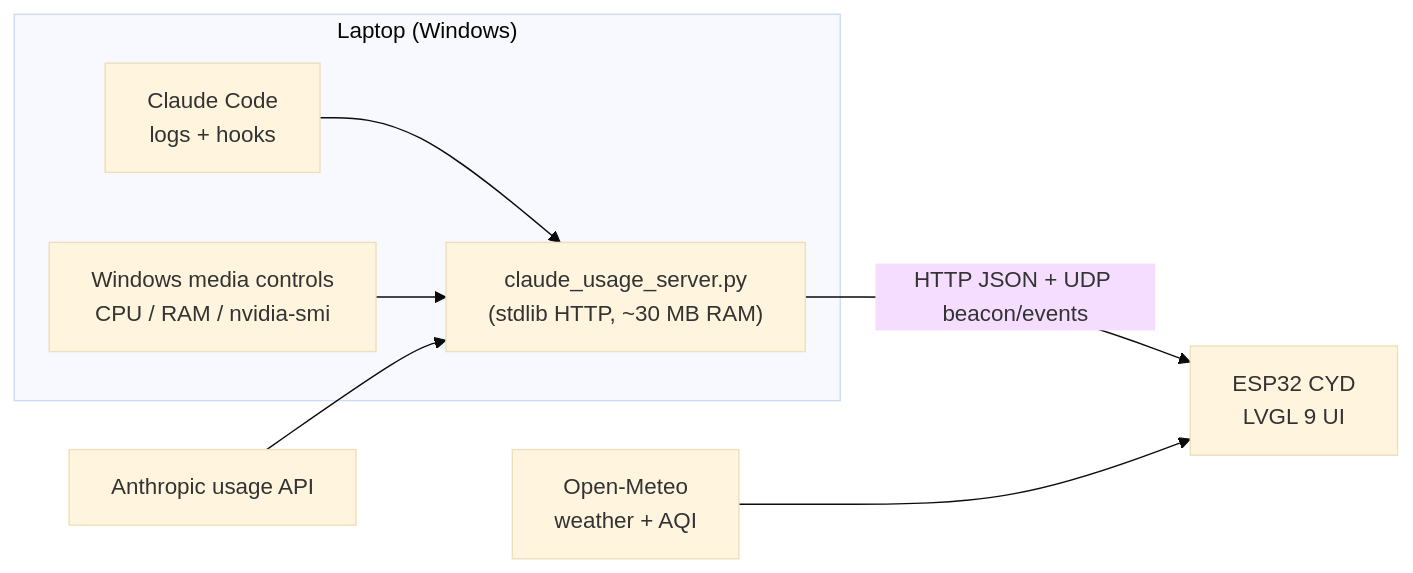
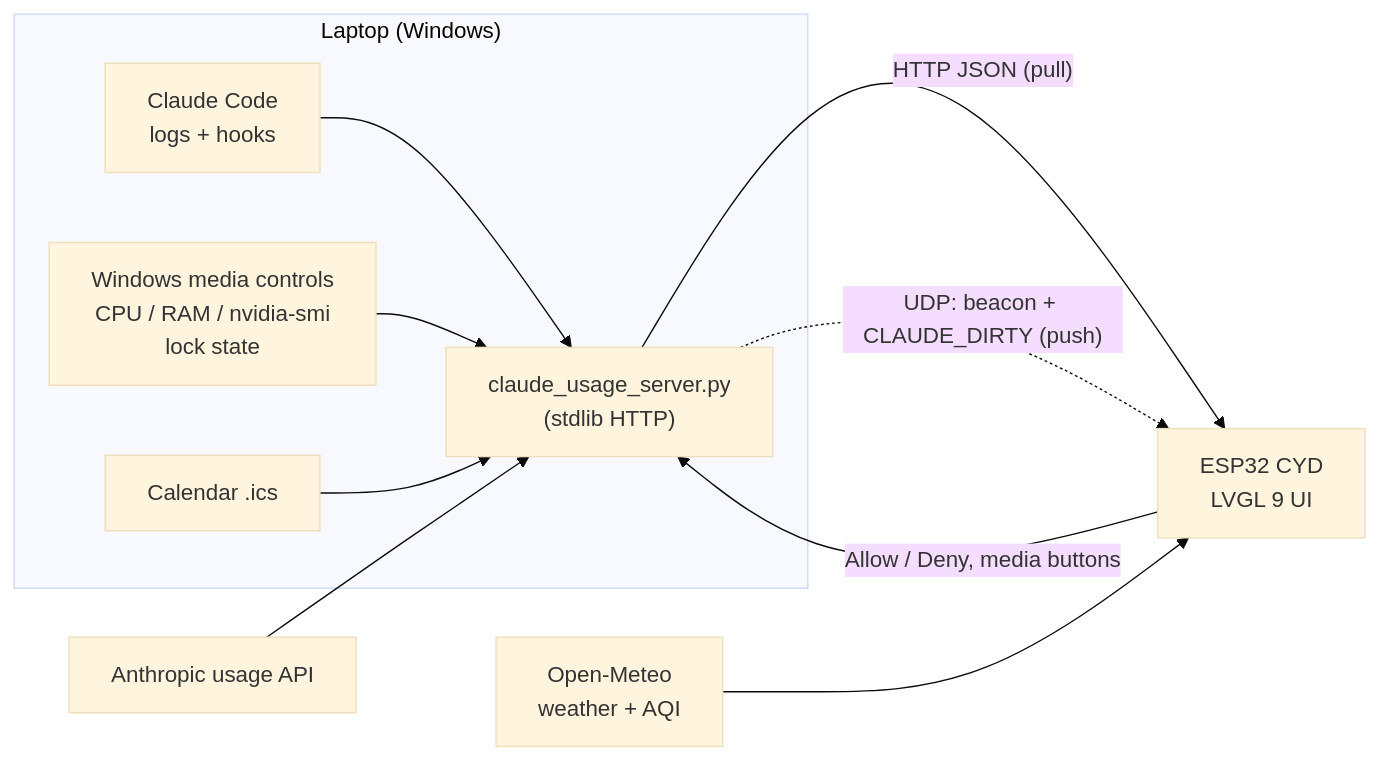
One commit to quangdag/cyd-desk-dashboard changed the diagram in README.md. Above: the diagram before and after it, drawn with Mermaid (base theme). The commit also changed other lines of this file and 39 other files, not shown here.

````diff
--- a/README.md
+++ b/README.md
@@ -40,10 +64,13 @@
 ```mermaid
 flowchart LR
   subgraph PC["Laptop (Windows)"]
-    CC["Claude Code<br/>logs + hooks"] --> S["claude_usage_server.py<br/>(stdlib HTTP, ~30 MB RAM)"]
-    W["Windows media controls<br/>CPU / RAM / nvidia-smi"] --> S
+    CC["Claude Code<br/>logs + hooks"] --> S["claude_usage_server.py<br/>(stdlib HTTP)"]
+    W["Windows media controls<br/>CPU / RAM / nvidia-smi<br/>lock state"] --> S
+    I["Calendar .ics"] --> S
   end
   A["Anthropic usage API"] --> S
-  S -- "HTTP JSON + UDP beacon/events" --> E["ESP32 CYD<br/>LVGL 9 UI"]
+  S -- "HTTP JSON (pull)" --> E["ESP32 CYD<br/>LVGL 9 UI"]
+  S -. "UDP: beacon + CLAUDE_DIRTY (push)" .-> E
+  E -- "Allow / Deny, media buttons" --> S
   O["Open-Meteo<br/>weather + AQI"] --> E
 ```
````
